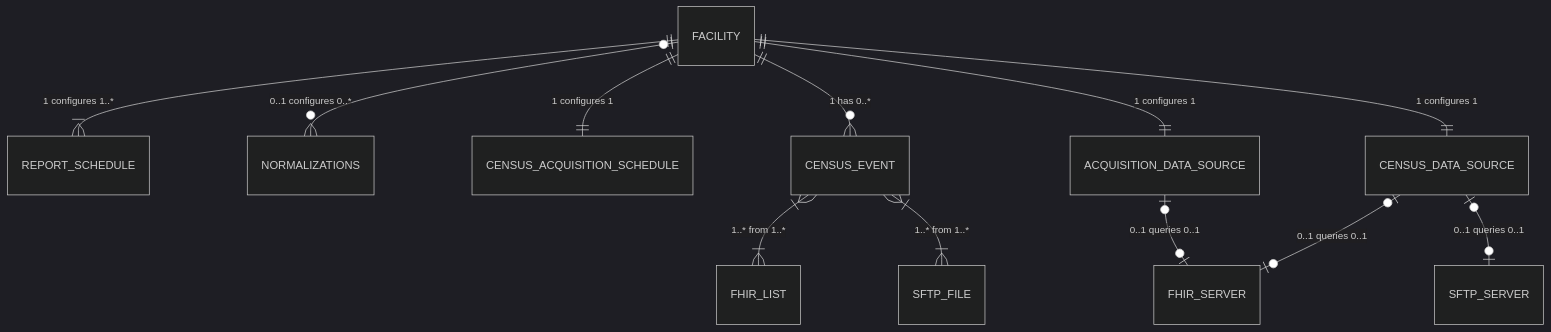
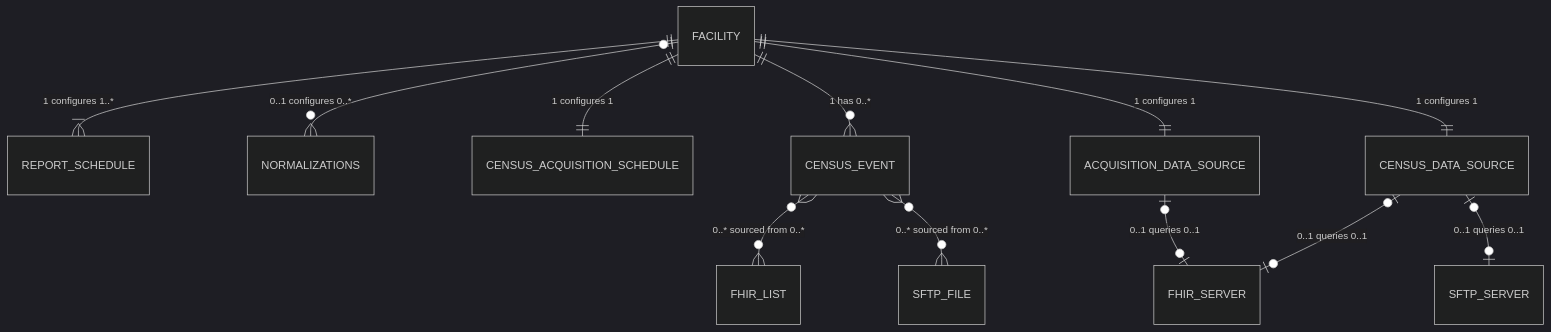
The first of 9 diagrams in docs/docs/proposals/tenant-multi-facility-proposal.mdx (lantanagroup/link-cloud), drawn with Mermaid (dark theme) before and after one commit. The commit also changed other lines of this file, not shown here.

Commit message:
Misc updates to graphs and spell checking

````diff
--- a/docs/docs/proposals/tenant-multi-facility-proposal.mdx
+++ b/docs/docs/proposals/tenant-multi-facility-proposal.mdx
@@ -14,14 +14,14 @@
 ```mermaid
 erDiagram
 	FACILITY||--|{REPORT_SCHEDULE:"1 configures 1..*"
 	FACILITY|o--o{NORMALIZATIONS:"0..1 configures 0..*"
 	FACILITY||--||CENSUS_ACQUISITION_SCHEDULE:"1 configures 1"
 	FACILITY||--o{CENSUS_EVENT:"1 has 0..*"
 	FACILITY||--||ACQUISITION_DATA_SOURCE:"1 configures 1"
-	CENSUS_EVENT}|--|{FHIR_LIST:"1..* from 1..*"
-	CENSUS_EVENT}|--|{SFTP_FILE:"1..* from 1..*"
+	CENSUS_EVENT}o--o{FHIR_LIST:"0..* sourced from 0..*"
+	CENSUS_EVENT}o--o{SFTP_FILE:"0..* sourced from 0..*"
 	FACILITY||--||CENSUS_DATA_SOURCE:"1 configures 1"
 	CENSUS_DATA_SOURCE|o--o|FHIR_SERVER:"0..1 queries 0..1"
 	CENSUS_DATA_SOURCE|o--o|SFTP_SERVER:"0..1 queries 0..1"
 	ACQUISITION_DATA_SOURCE|o--o|FHIR_SERVER:"0..1 queries 0..1"
 ```
````
